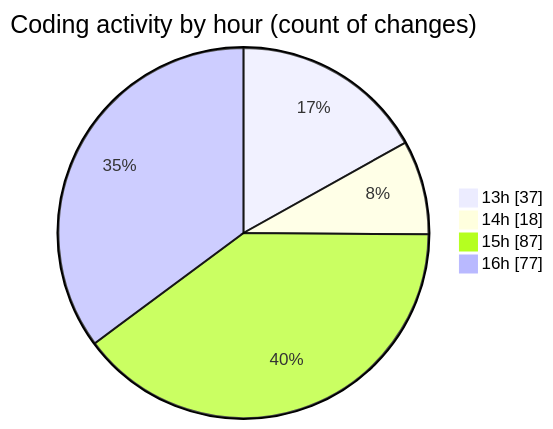
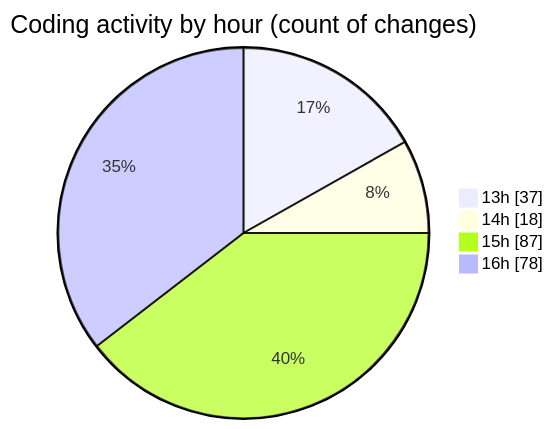
Before and after one commit to Unknowalive/code-tracking: the second of 2 diagrams in 2026-04-11/scripting_workshop/README.md, drawn with Mermaid. The commit also changed other lines of this file and 1 other file, not shown here.

````diff
--- a/2026-04-11/scripting_workshop/README.md
+++ b/2026-04-11/scripting_workshop/README.md
@@ -65,8 +66,8 @@
 ```mermaid
 pie showData
 title Coding activity by hour (count of changes)
 "13h" : 37
 "14h" : 18
 "15h" : 87
-"16h" : 77
+"16h" : 78
 ```
````
